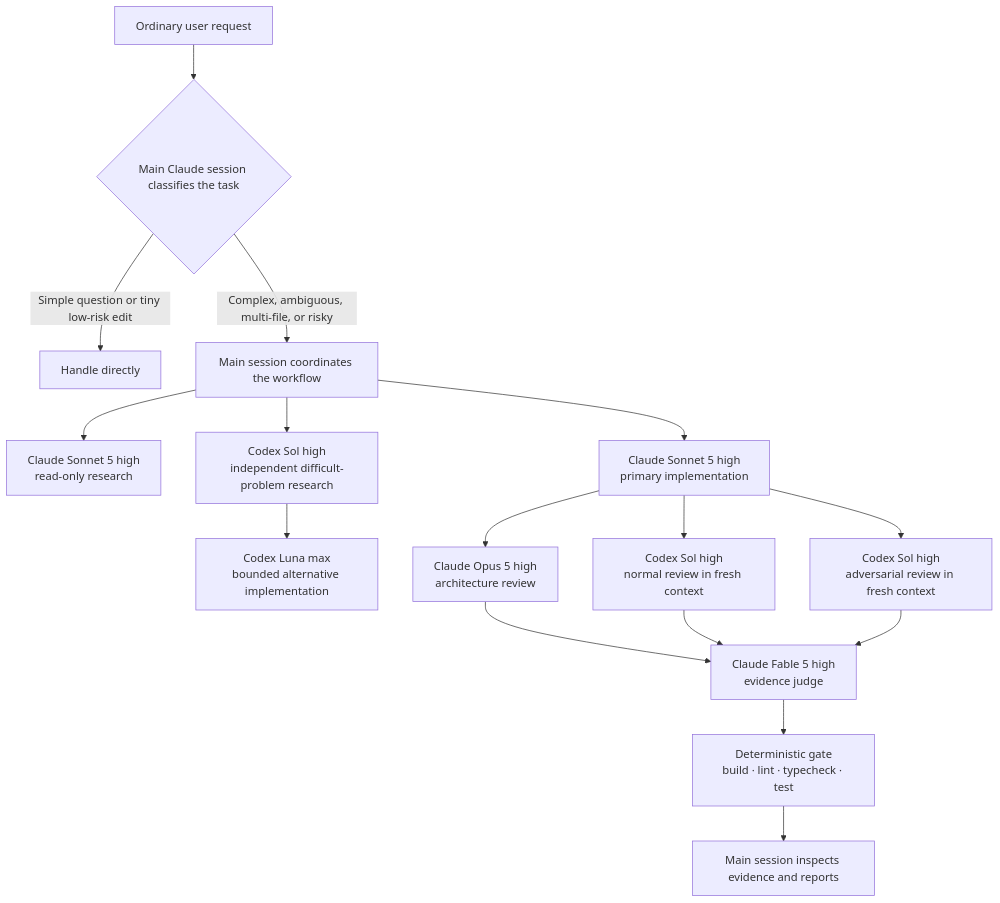
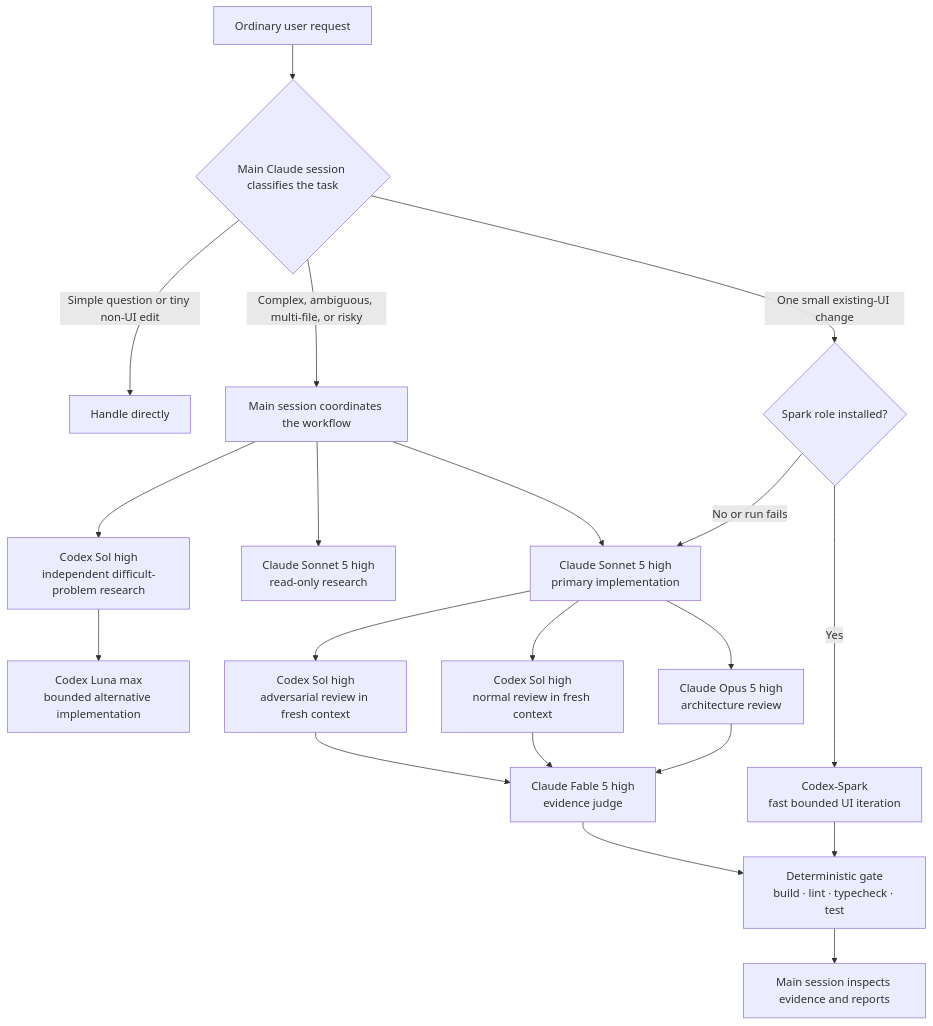
One commit to woongjaejung/claudex5-engineering-harness changed the first of 2 diagrams in README.md. Above: the diagram before and after it, drawn with Mermaid. The commit also changed other lines of this file and 13 other files, not shown here.

Commit message:
feat: add conditional Codex-Spark routing

````diff
--- a/README.md
+++ b/README.md
@@ -25,18 +25,22 @@
 ```mermaid
 flowchart TD
     U["Ordinary user request"] --> C{"Main Claude session classifies the task"}
-    C -->|"Simple question or tiny low-risk edit"| D["Handle directly"]
+    C -->|"Simple question or tiny non-UI edit"| D["Handle directly"]
+    C -->|"One small existing-UI change"| SA{"Spark role installed?"}
+    SA -->|"Yes"| SP["Codex-Spark<br/>fast bounded UI iteration"]
+    SA -->|"No or run fails"| I
     C -->|"Complex, ambiguous, multi-file, or risky"| O["Main session coordinates the workflow"]
     O --> R["Claude Sonnet 5 high<br/>read-only research"]
     O --> I["Claude Sonnet 5 high<br/>primary implementation"]
     O --> SR["Codex Sol high<br/>independent difficult-problem research"]
     SR --> LI["Codex Luna max<br/>bounded alternative implementation"]
+    SP --> G
     I --> AR["Claude Opus 5 high<br/>architecture review"]
     I --> NR["Codex Sol high<br/>normal review in fresh context"]
     I --> XR["Codex Sol high<br/>adversarial review in fresh context"]
     AR --> J["Claude Fable 5 high<br/>evidence judge"]
     NR --> J
     XR --> J
     J --> G["Deterministic gate<br/>build · lint · typecheck · test"]
     G --> F["Main session inspects evidence and reports"]
 ```
````
